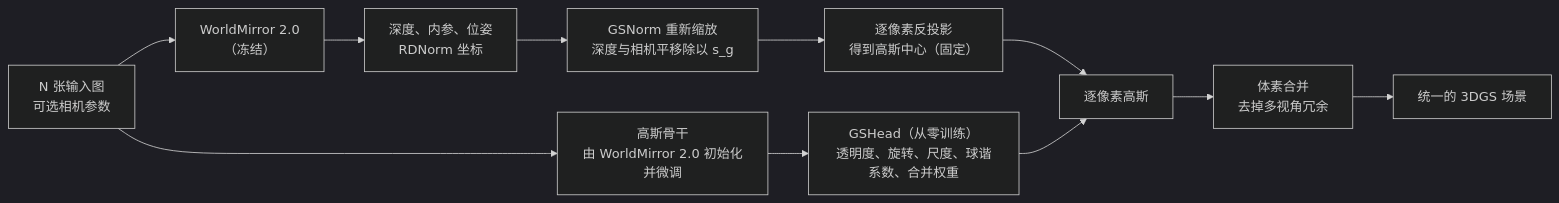
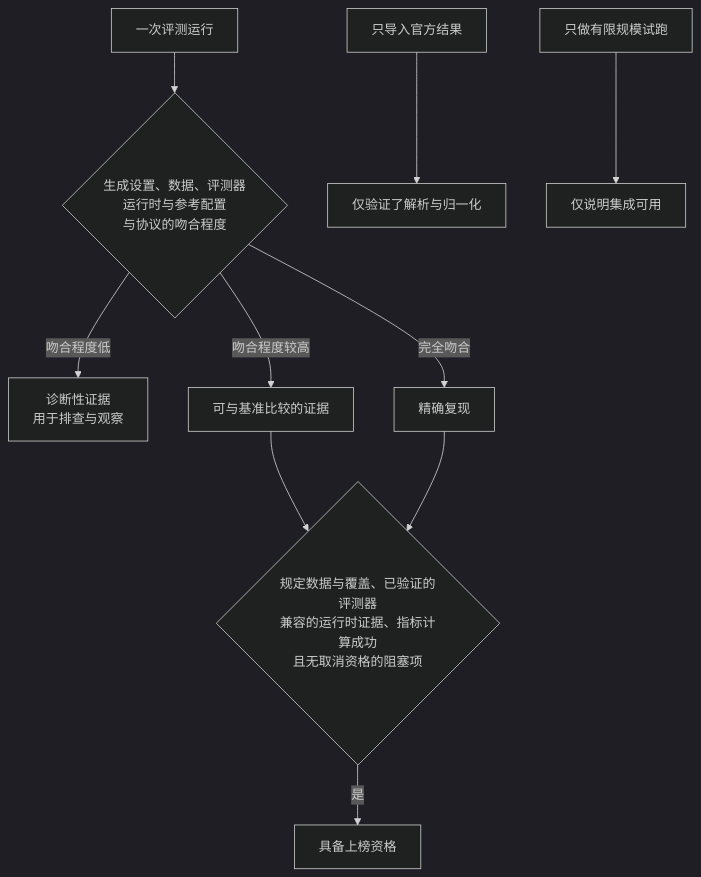
Before and after one commit to yingwang/paper-reads: the fourth of 5 diagrams in docs/index.md, drawn with Mermaid (dark theme). The commit also changed other lines of this file and 2 other files, not shown here.

First line of the commit message:
Add 2026-11-10-worldfoundry-unified-infrastructure-world-intelligence

````diff
--- a/docs/index.md
+++ b/docs/index.md
@@ -142,13 +218,12 @@
 ```mermaid
-flowchart LR
-    I["N 张输入图<br/>可选相机参数"] --> W["WorldMirror 2.0<br/>（冻结）"]
-    W --> D1["深度、内参、位姿<br/>RDNorm 坐标"]
-    D1 --> N1["GSNorm 重新缩放<br/>深度与相机平移除以 s_g"]
-    N1 --> U["逐像素反投影<br/>得到高斯中心（固定）"]
-    I --> B["高斯骨干<br/>由 WorldMirror 2.0 初始化并微调"]
-    B --> H["GSHead（从零训练）<br/>透明度、旋转、尺度、球谐系数、合并权重"]
-    U --> M["逐像素高斯"]
-    H --> M
-    M --> V["体素合并<br/>去掉多视角冗余"]
-    V --> O["统一的 3DGS 场景"]
+flowchart TD
+    A["一次评测运行"] --> B{"生成设置、数据、评测器<br/>运行时与参考配置<br/>与协议的吻合程度"}
+    B -- "吻合程度低" --> C["诊断性证据<br/>用于排查与观察"]
+    B -- "吻合程度较高" --> D["可与基准比较的证据"]
+    B -- "完全吻合" --> E["精确复现"]
+    F["只导入官方结果"] --> G["仅验证了解析与归一化"]
+    H["只做有限规模试跑"] --> I["仅说明集成可用"]
+    D --> J{"规定数据与覆盖、已验证的评测器<br/>兼容的运行时证据、指标计算成功<br/>且无取消资格的阻塞项"}
+    E --> J
+    J -- "是" --> K["具备上榜资格"]
 ```
````
